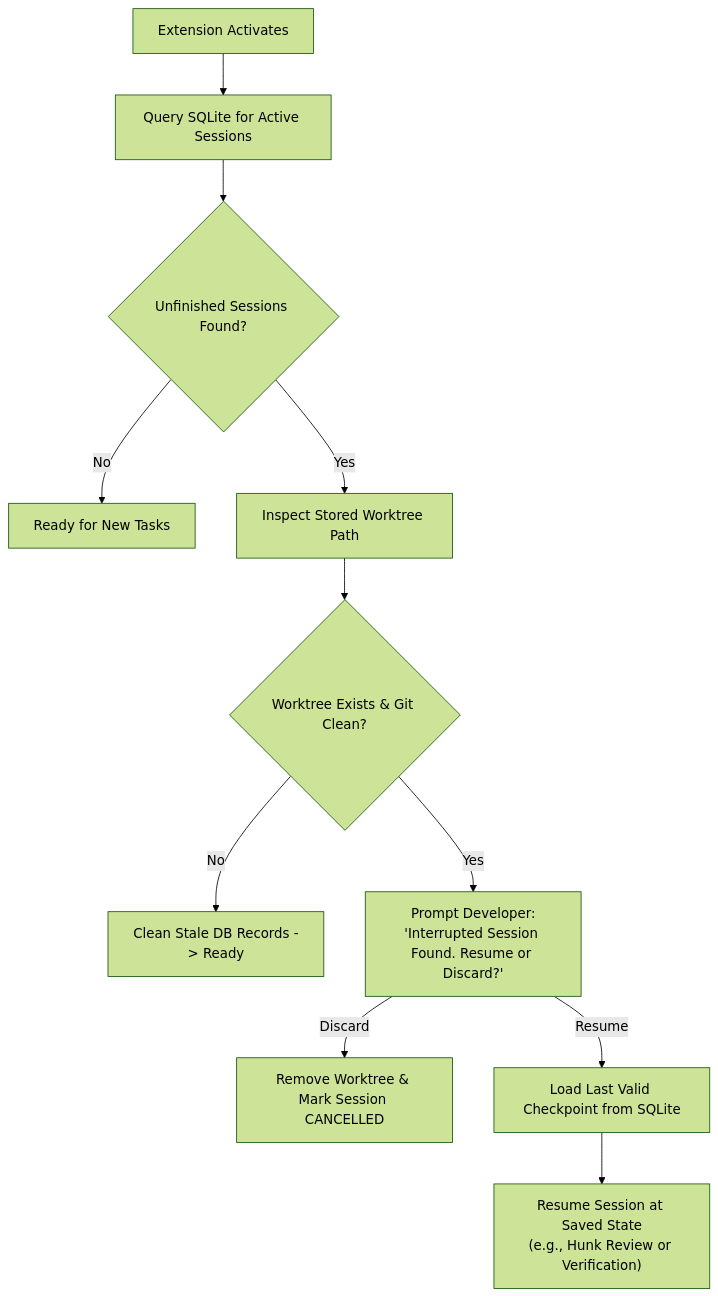
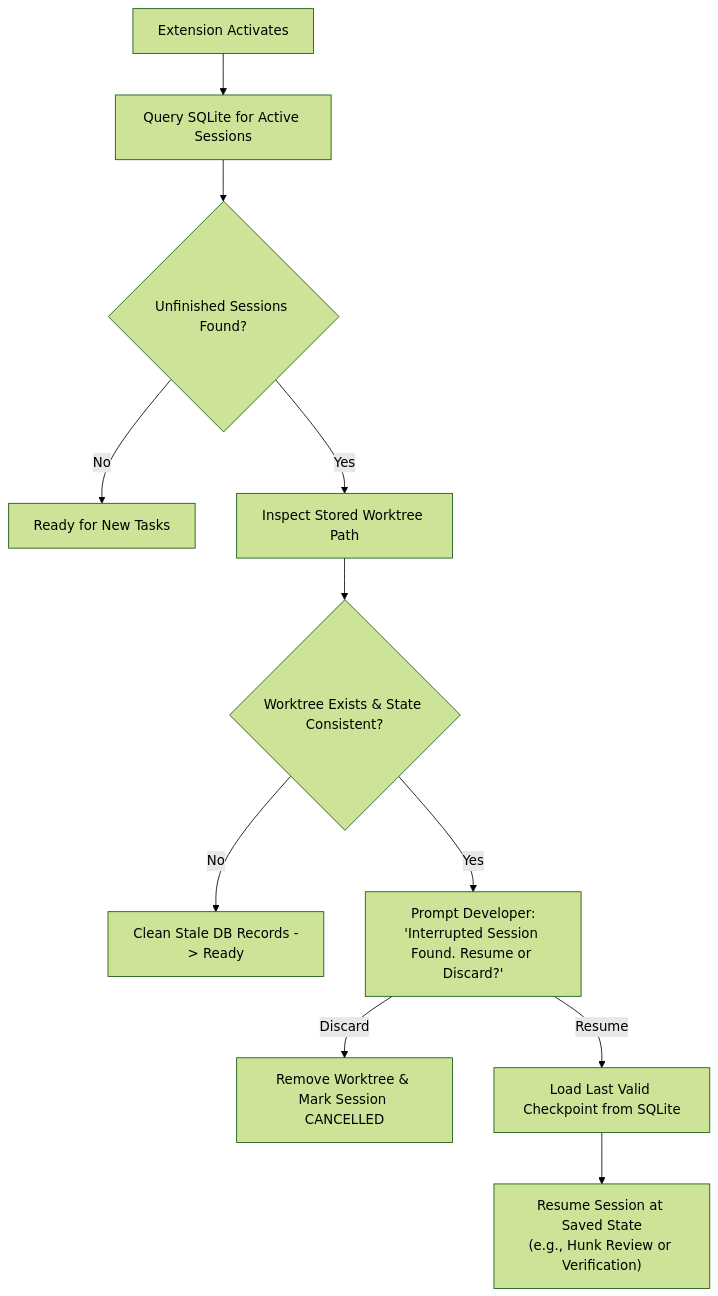
The fourth of 4 diagrams in docs/WORKFLOWS.md (madhura200227/PatchPilot), drawn with Mermaid (forest theme) before and after one commit. The commit also changed other lines of this file and 5 other files, not shown here.

````diff
--- a/docs/WORKFLOWS.md
+++ b/docs/WORKFLOWS.md
@@ -196,15 +203,15 @@
 ```mermaid
 flowchart TD
     Start["Extension Activates"] --> CheckDB["Query SQLite for Active Sessions"]
     CheckDB --> AnyActive{"Unfinished Sessions Found?"}
     AnyActive -- No --> Ready["Ready for New Tasks"]
     AnyActive -- Yes --> VerifyWT["Inspect Stored Worktree Path"]
     
-    VerifyWT --> WTValid{"Worktree Exists & Git Clean?"}
+    VerifyWT --> WTValid{"Worktree Exists & State Consistent?"}
     WTValid -- No --> CleanDB["Clean Stale DB Records -> Ready"]
     WTValid -- Yes --> PromptUser["Prompt Developer:<br/>'Interrupted Session Found. Resume or Discard?'"]
     
     PromptUser -- Discard --> Dismantle["Remove Worktree & Mark Session CANCELLED"]
     PromptUser -- Resume --> LoadCheckpoint["Load Last Valid Checkpoint from SQLite"]
     LoadCheckpoint --> ResumeStage["Resume Session at Saved State<br/>(e.g., Hunk Review or Verification)"]
 ```
````
